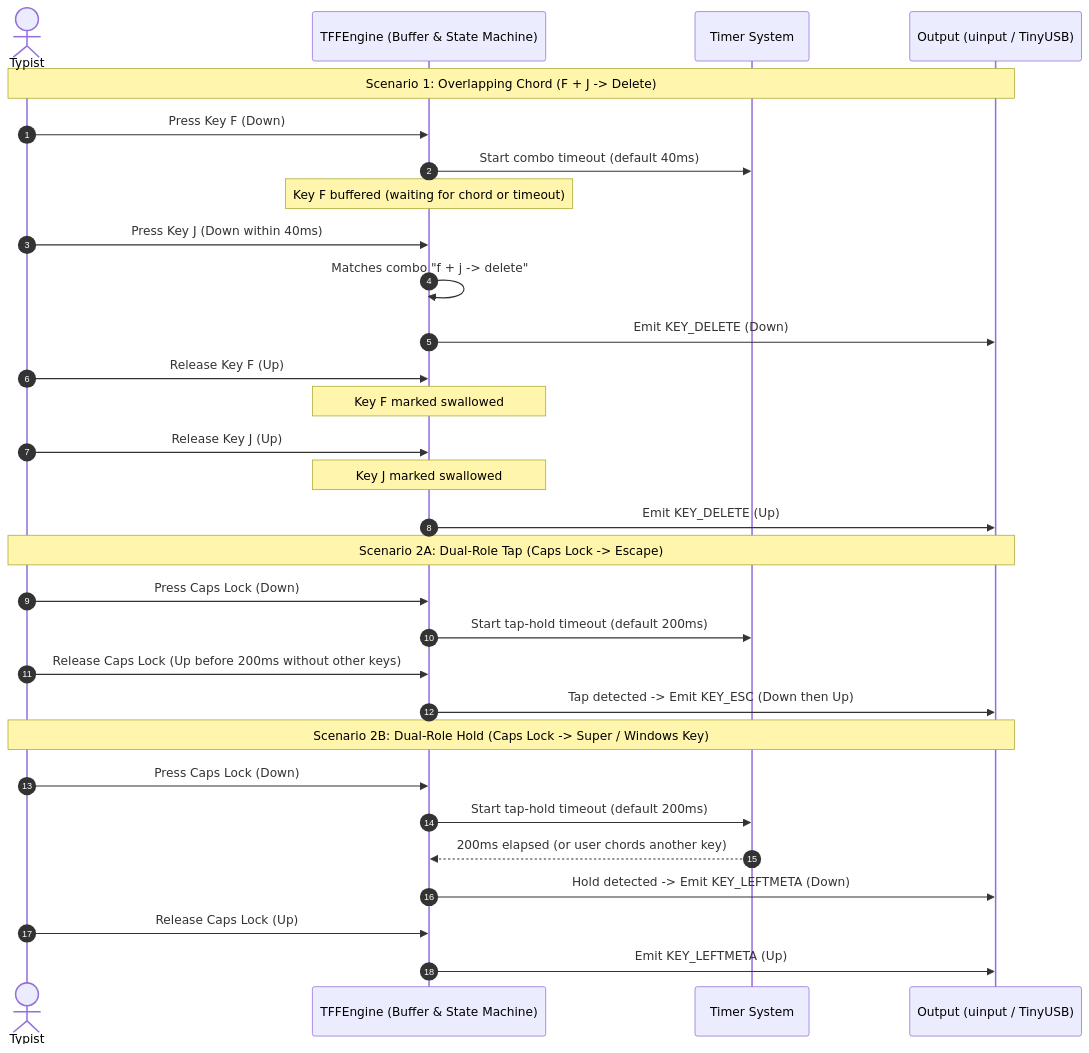
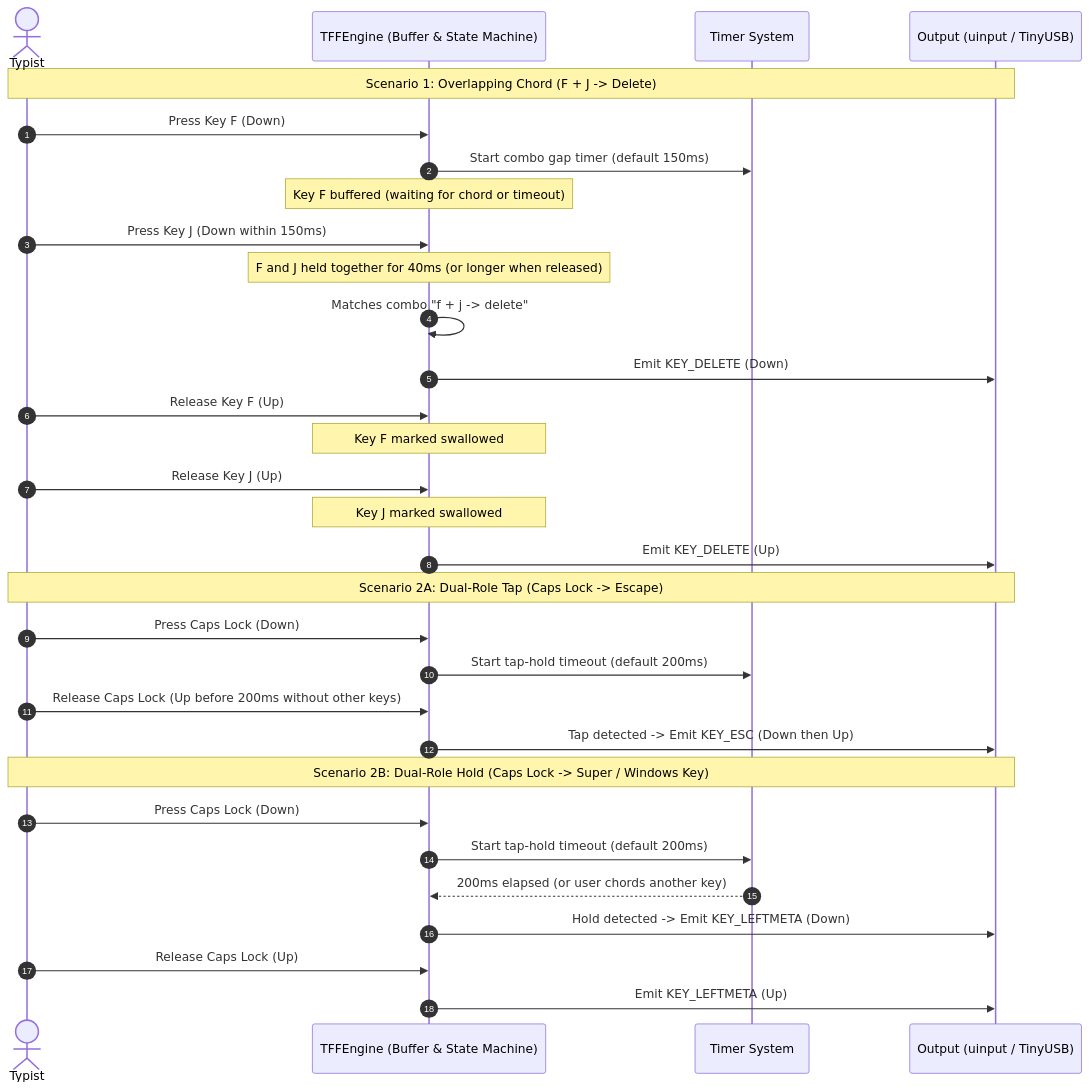
One commit to guettli/tff2 changed the second of 2 diagrams in README.md. Above: the diagram before and after it, drawn with Mermaid. The commit also changed other lines of this file and 21 other files, not shown here.

First line of the commit message:
Split combo timing into overlap (combo_overlap_ms) and gap (combo_gap_ms) (#130)

````diff
--- a/README.md
+++ b/README.md
@@ -67,35 +68,36 @@
 ```mermaid
 sequenceDiagram
     autonumber
     actor User as Typist
     participant Engine as TFFEngine (Buffer & State Machine)
     participant Timer as Timer System
     participant Out as Output (uinput / TinyUSB)
 
     Note over User,Out: Scenario 1: Overlapping Chord (F + J -> Delete)
     User->>Engine: Press Key F (Down)
-    Engine->>Timer: Start combo timeout (default 40ms)
+    Engine->>Timer: Start combo gap timer (default 150ms)
     Note over Engine: Key F buffered (waiting for chord or timeout)
-    User->>Engine: Press Key J (Down within 40ms)
+    User->>Engine: Press Key J (Down within 150ms)
+    Note over Engine: F and J held together for 40ms (or longer when released)
     Engine->>Engine: Matches combo "f + j -> delete"
     Engine->>Out: Emit KEY_DELETE (Down)
     User->>Engine: Release Key F (Up)
     Note over Engine: Key F marked swallowed
     User->>Engine: Release Key J (Up)
     Note over Engine: Key J marked swallowed
     Engine->>Out: Emit KEY_DELETE (Up)
 
     Note over User,Out: Scenario 2A: Dual-Role Tap (Caps Lock -> Escape)
     User->>Engine: Press Caps Lock (Down)
     Engine->>Timer: Start tap-hold timeout (default 200ms)
     User->>Engine: Release Caps Lock (Up before 200ms without other keys)
     Engine->>Out: Tap detected -> Emit KEY_ESC (Down then Up)
 
     Note over User,Out: Scenario 2B: Dual-Role Hold (Caps Lock -> Super / Windows Key)
     User->>Engine: Press Caps Lock (Down)
     Engine->>Timer: Start tap-hold timeout (default 200ms)
     Timer-->>Engine: 200ms elapsed (or user chords another key)
     Engine->>Out: Hold detected -> Emit KEY_LEFTMETA (Down)
     User->>Engine: Release Caps Lock (Up)
     Engine->>Out: Emit KEY_LEFTMETA (Up)
 ```
````
